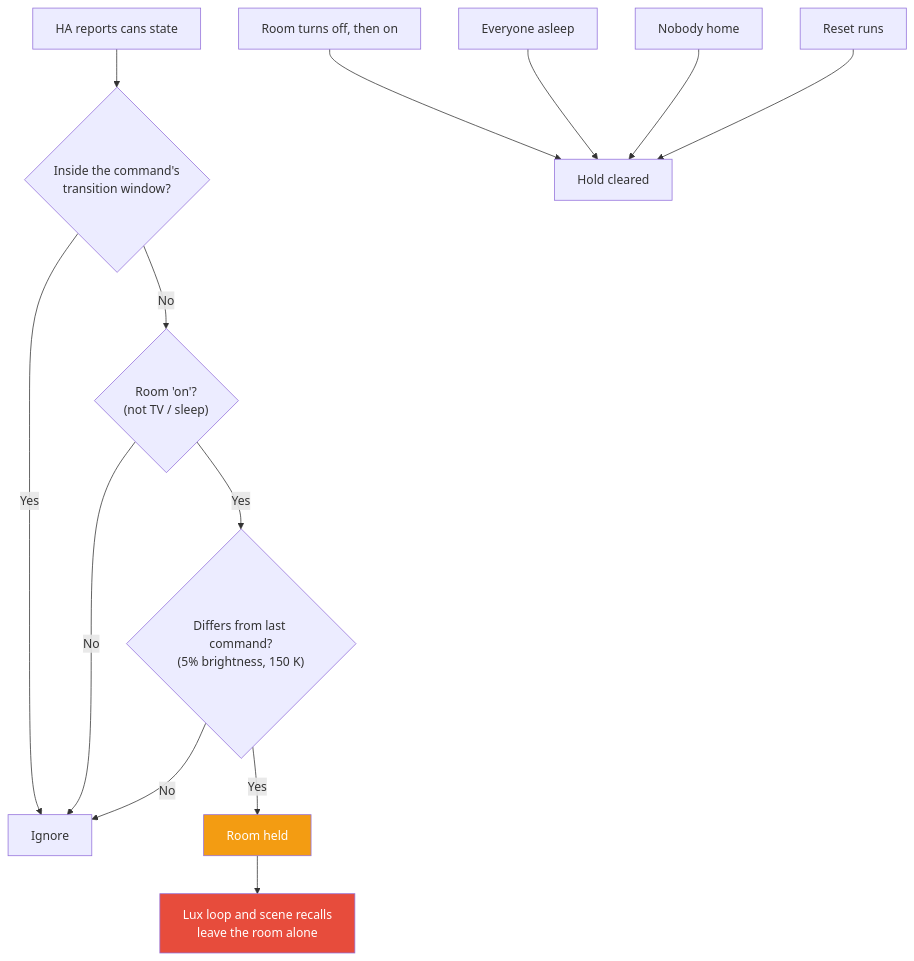
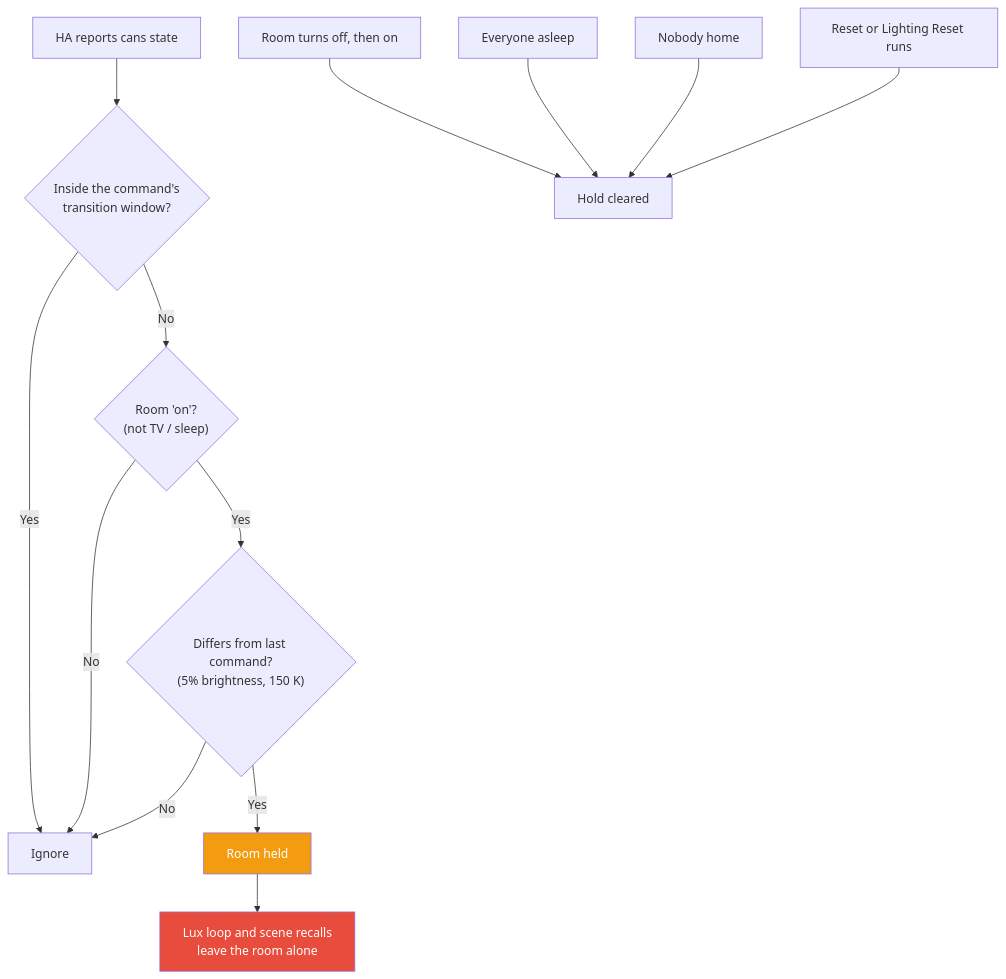
Before and after one commit to NickBorgers/home-automation: the fifth of 7 diagrams in docs/flows/LIGHTING_CONTROL.md, drawn with Mermaid. The commit also changed 17 other files, not shown here.

First line of the commit message:
feat(reset): add lighting reset and music reset HomeKit buttons

````diff
--- a/docs/flows/LIGHTING_CONTROL.md
+++ b/docs/flows/LIGHTING_CONTROL.md
@@ -176,20 +176,20 @@
 ```mermaid
 flowchart TD
     report["HA reports cans state"] --> window{"Inside the command's<br/>transition window?"}
     window -->|Yes| ignore["Ignore"]
     window -->|No| owned{"Room 'on'?<br/>(not TV / sleep)"}
     owned -->|No| ignore
     owned -->|Yes| compare{"Differs from last command?<br/>(5% brightness, 150 K)"}
     compare -->|No| ignore
     compare -->|Yes| held["Room held"]
 
     held --> keep["Lux loop and scene recalls<br/>leave the room alone"]
 
     cycle["Room turns off, then on"] --> clear["Hold cleared"]
     asleep["Everyone asleep"] --> clear
     away["Nobody home"] --> clear
-    reset["Reset runs"] --> clear
+    reset["Reset or Lighting Reset runs"] --> clear
 
     style held fill:#f39c12,color:#fff
     style keep fill:#e74c3c,color:#fff
 ```
````
